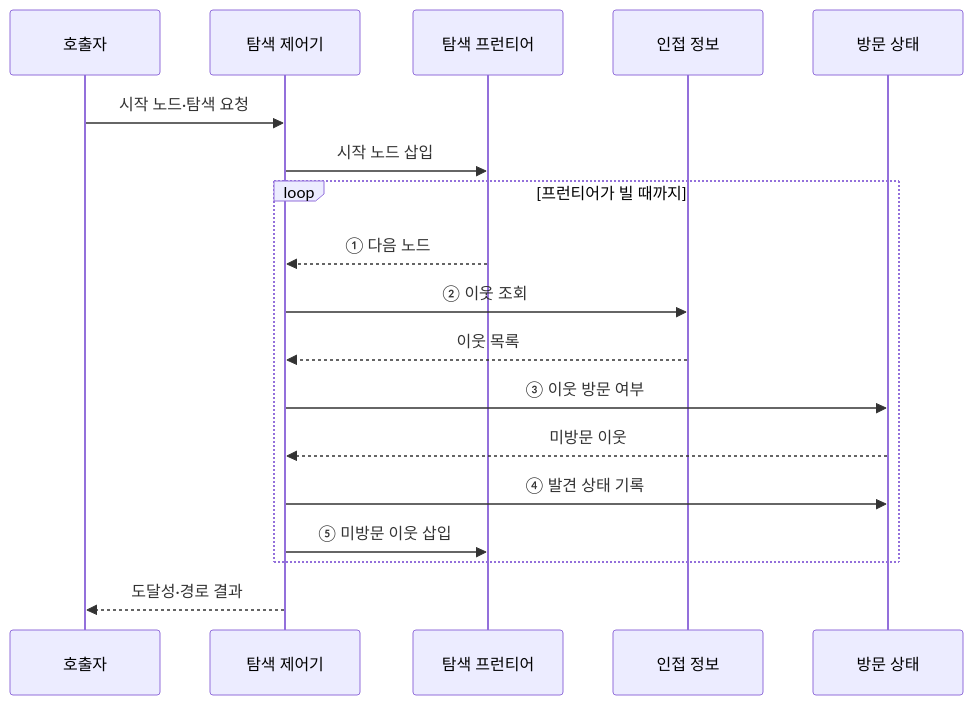
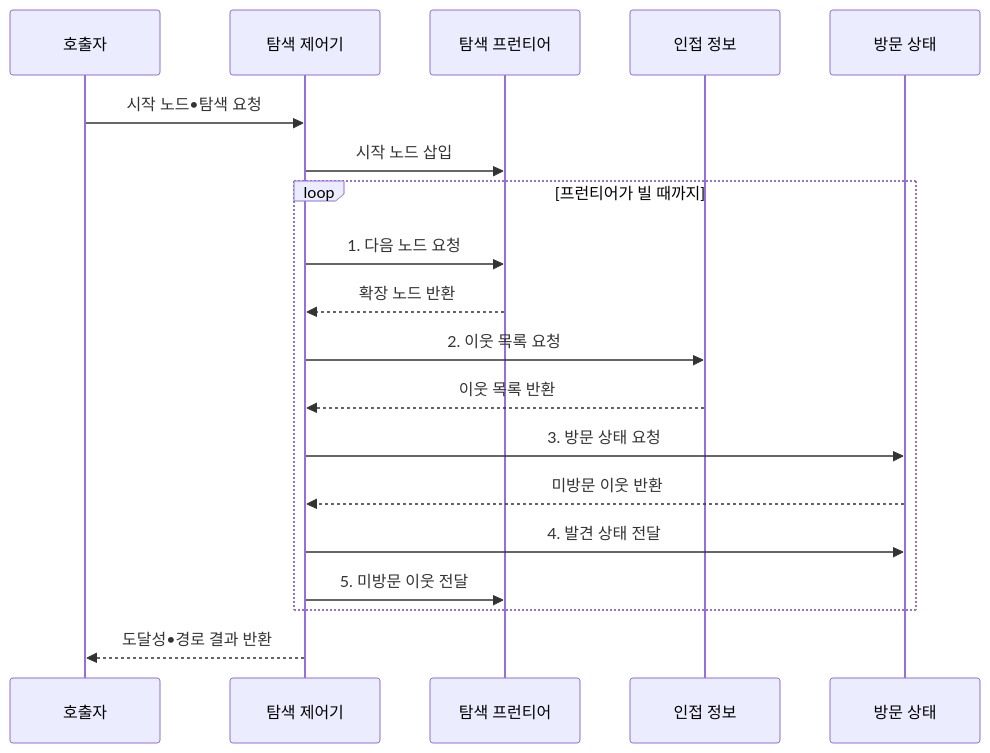
One commit to agnusdei1207/knowledge-base changed the third of 4 diagrams in src/content/docs/notes/01-basic-theory/010_graph_traversal.md. Above: the diagram before and after it, drawn with Mermaid. The commit also changed other lines of this file and 20 other files, not shown here.

````diff
--- a/src/content/docs/notes/01-basic-theory/010_graph_traversal.md
+++ b/src/content/docs/notes/01-basic-theory/010_graph_traversal.md
@@ -94,20 +99,21 @@
 ```mermaid
 sequenceDiagram
     participant Q as 호출자
     participant C as 탐색 제어기
     participant F as 탐색 프런티어
     participant A as 인접 정보
     participant V as 방문 상태
-    Q->>C: 시작 노드·탐색 요청
+    Q->>C: 시작 노드•탐색 요청
     C->>F: 시작 노드 삽입
     loop 프런티어가 빌 때까지
-        F-->>C: ① 다음 노드
-        C->>A: ② 이웃 조회
-        A-->>C: 이웃 목록
-        C->>V: ③ 이웃 방문 여부
-        V-->>C: 미방문 이웃
-        C->>V: ④ 발견 상태 기록
-        C->>F: ⑤ 미방문 이웃 삽입
+        C->>F: 1. 다음 노드 요청
+        F-->>C: 확장 노드 반환
+        C->>A: 2. 이웃 목록 요청
+        A-->>C: 이웃 목록 반환
+        C->>V: 3. 방문 상태 요청
+        V-->>C: 미방문 이웃 반환
+        C->>V: 4. 발견 상태 전달
+        C->>F: 5. 미방문 이웃 전달
     end
-    C-->>Q: 도달성·경로 결과
+    C-->>Q: 도달성•경로 결과 반환
 ```
````
